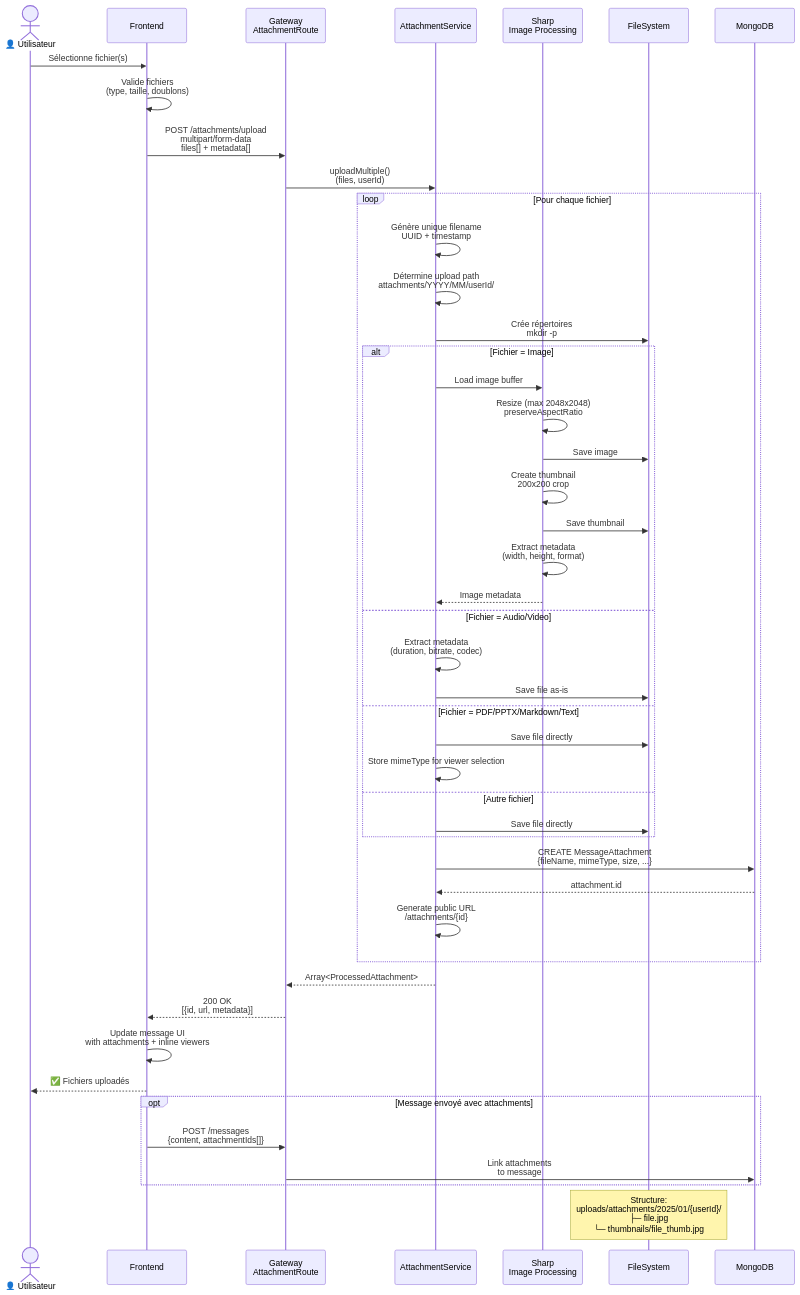
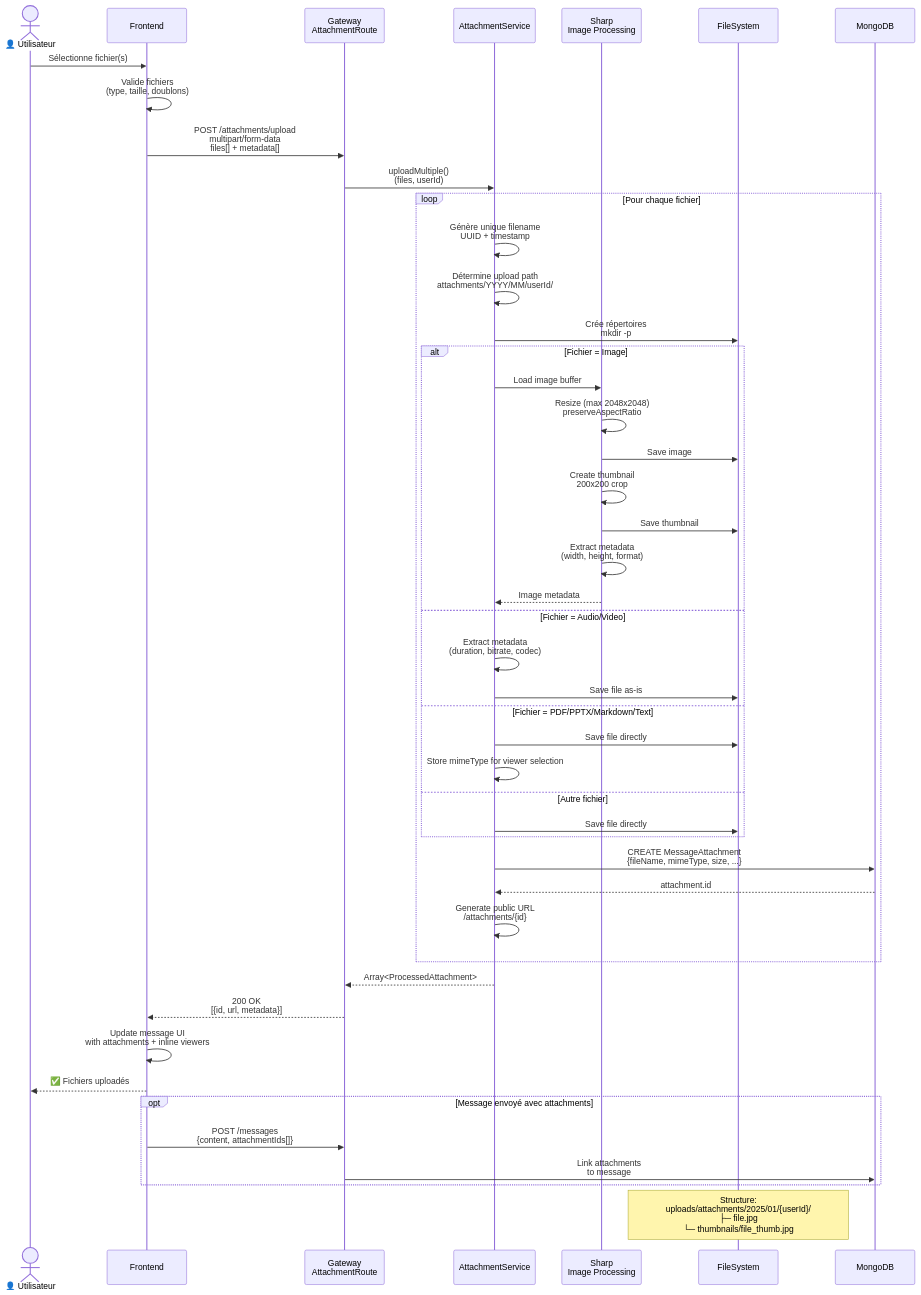
Before and after one commit to isopen-io/meeshy: the seventh of 17 diagrams in apps/docs/architecture-diagrams.md, drawn with Mermaid. The commit also changed other lines of this file and 2 other files, not shown here.

First line of the commit message:
feat(web): show user profile in DM settings drawer + fix mermaid syntax

````diff
--- a/apps/docs/architecture-diagrams.md
+++ b/apps/docs/architecture-diagrams.md
@@ -499,67 +499,67 @@
 ```mermaid
 sequenceDiagram
     actor User as 👤 Utilisateur
     participant FE as Frontend
     participant GW as Gateway<br/>AttachmentRoute
     participant AS as AttachmentService
     participant Sharp as Sharp<br/>Image Processing
     participant FS as FileSystem
     participant DB as MongoDB
 
     User->>FE: Sélectionne fichier(s)
     FE->>FE: Valide fichiers<br/>(type, taille, doublons)
 
     FE->>GW: POST /attachments/upload<br/>multipart/form-data<br/>files[] + metadata[]
 
     GW->>AS: uploadMultiple()<br/>(files, userId)
 
     loop Pour chaque fichier
         AS->>AS: Génère unique filename<br/>UUID + timestamp
 
         AS->>AS: Détermine upload path<br/>attachments/YYYY/MM/userId/
 
         AS->>FS: Crée répertoires<br/>mkdir -p
 
         alt Fichier = Image
             AS->>Sharp: Load image buffer
 
             Sharp->>Sharp: Resize (max 2048x2048)<br/>preserveAspectRatio
             Sharp->>FS: Save image
 
             Sharp->>Sharp: Create thumbnail<br/>200x200 crop
             Sharp->>FS: Save thumbnail
 
             Sharp->>Sharp: Extract metadata<br/>(width, height, format)
             Sharp-->>AS: Image metadata
 
         else Fichier = Audio/Video
             AS->>AS: Extract metadata<br/>(duration, bitrate, codec)
             AS->>FS: Save file as-is
 
         else Fichier = PDF/PPTX/Markdown/Text
             AS->>FS: Save file directly
             AS->>AS: Store mimeType for viewer selection
 
         else Autre fichier
             AS->>FS: Save file directly
         end
 
-        AS->>DB: CREATE MessageAttachment<br/>{fileName, mimeType, size, ...}
+        AS->>DB: CREATE MessageAttachment<br/>#123;fileName, mimeType, size, ...#125;
         DB-->>AS: attachment.id
 
-        AS->>AS: Generate public URL<br/>/attachments/{id}
+        AS->>AS: Generate public URL<br/>/attachments/#123;id#125;
     end
 
     AS-->>GW: Array<ProcessedAttachment>
-    GW-->>FE: 200 OK<br/>[{id, url, metadata}]
+    GW-->>FE: 200 OK<br/>[#123;id, url, metadata#125;]
 
     FE->>FE: Update message UI<br/>with attachments + inline viewers
     FE-->>User: ✅ Fichiers uploadés
 
     opt Message envoyé avec attachments
-        FE->>GW: POST /messages<br/>{content, attachmentIds[]}
+        FE->>GW: POST /messages<br/>#123;content, attachmentIds[]#125;
         GW->>DB: Link attachments<br/>to message
     end
 
-    Note over FS: Structure:<br/>uploads/attachments/2025/01/{userId}/<br/>  ├─ file.jpg<br/>  └─ thumbnails/file_thumb.jpg
+    Note over FS: Structure:<br/>uploads/attachments/2025/01/#123;userId#125;/<br/>  ├─ file.jpg<br/>  └─ thumbnails/file_thumb.jpg
 ```
````
